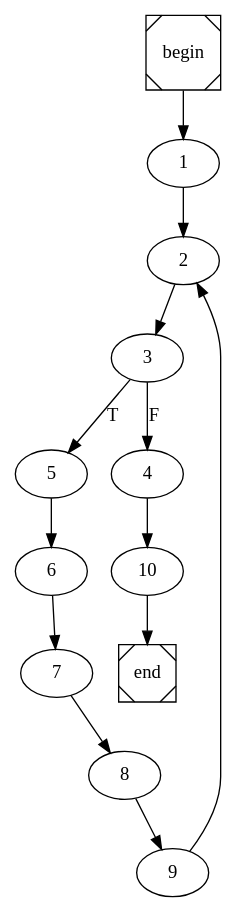
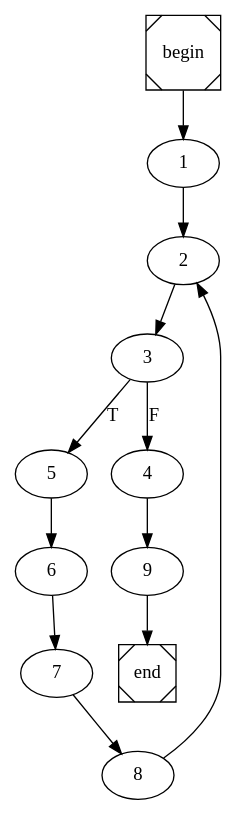
Before and after one commit to arubenruben/JMM-Compiler: the diagram in print_int_arr.dot, drawn with Graphviz. The commit also changed 14 other files, not shown here.

```diff
--- a/print_int_arr.dot
+++ b/print_int_arr.dot
@@ -1,4 +1,4 @@
 digraph cfg {
 	begin [shape=Msquare];
 	end [shape=Msquare];
-	begin -> 1;	1 -> 2;	2 -> 3;	3 -> 5[label=T];	3 -> 4[label=F];	4 -> 10;	5 -> 6;	6 -> 7;	7 -> 8;	8 -> 9;	9 -> 2;	10 -> end;}
+	begin -> 1;	1 -> 2;	2 -> 3;	3 -> 5[label=T];	3 -> 4[label=F];	4 -> 9;	5 -> 6;	6 -> 7;	7 -> 8;	8 -> 2;	9 -> end;}
```
